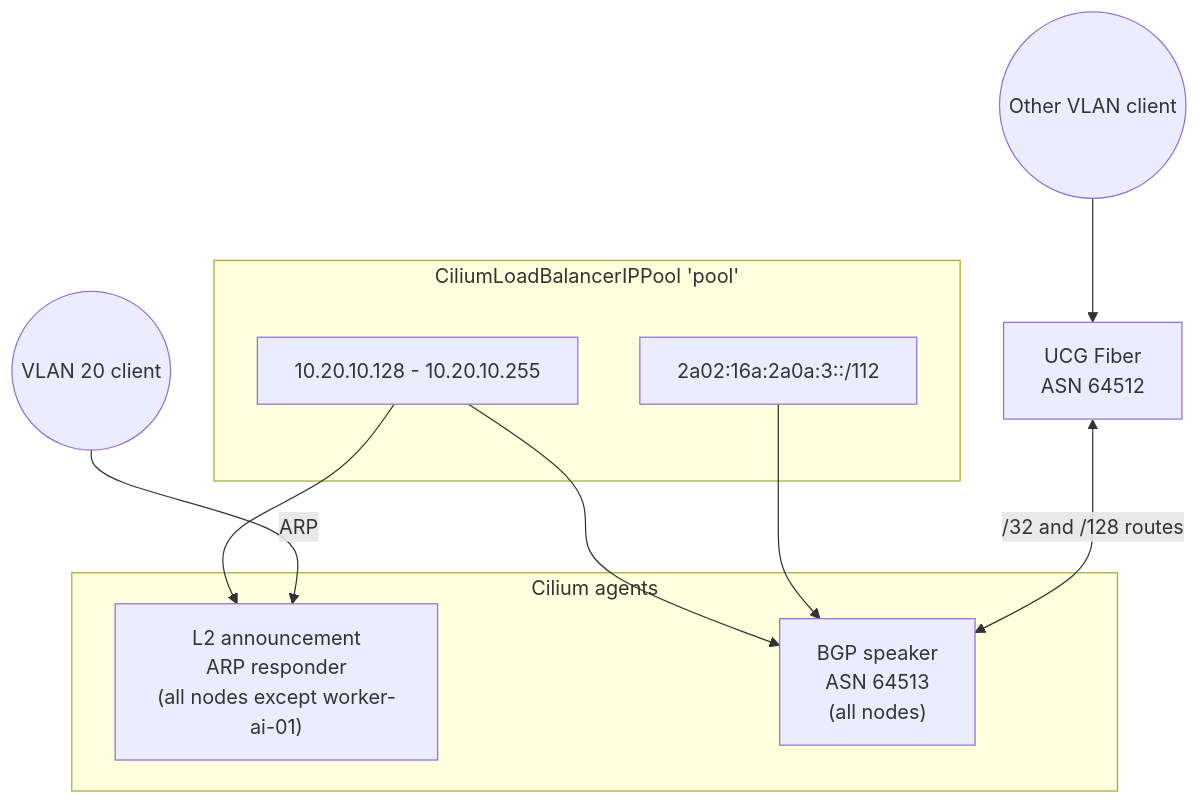
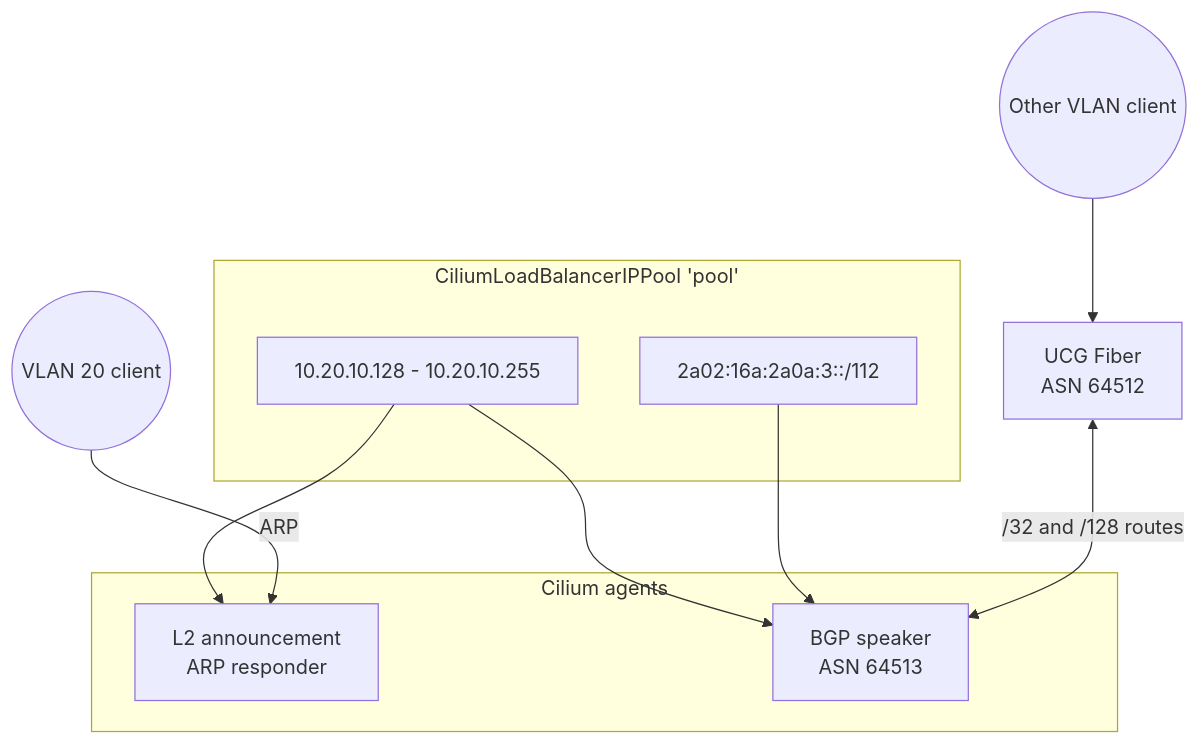
Before and after one commit to swibrow/home-ops: the diagram in docs/networking/load-balancers.md, drawn with Mermaid. The commit also changed 6 other files, not shown here.

````diff
--- a/docs/networking/load-balancers.md
+++ b/docs/networking/load-balancers.md
@@ -11,19 +11,19 @@
 ```mermaid
 flowchart TB
     subgraph Pool["CiliumLoadBalancerIPPool 'pool'"]
         V4["10.20.10.128 - 10.20.10.255"]
         V6["2a02:16a:2a0a:3::/112"]
     end
 
     subgraph Cilium["Cilium agents"]
-        L2["L2 announcement<br/>ARP responder<br/>(all nodes except worker-ai-01)"]
-        BGP["BGP speaker<br/>ASN 64513<br/>(all nodes)"]
+        L2[L2 announcement<br/>ARP responder]
+        BGP[BGP speaker<br/>ASN 64513]
     end
 
     V4 --> L2 & BGP
     V6 --> BGP
 
     VLAN20((VLAN 20 client)) -->|"ARP"| L2
     UCG[UCG Fiber<br/>ASN 64512] <-->|"/32 and /128 routes"| BGP
     Other((Other VLAN client)) --> UCG
 ```
````
